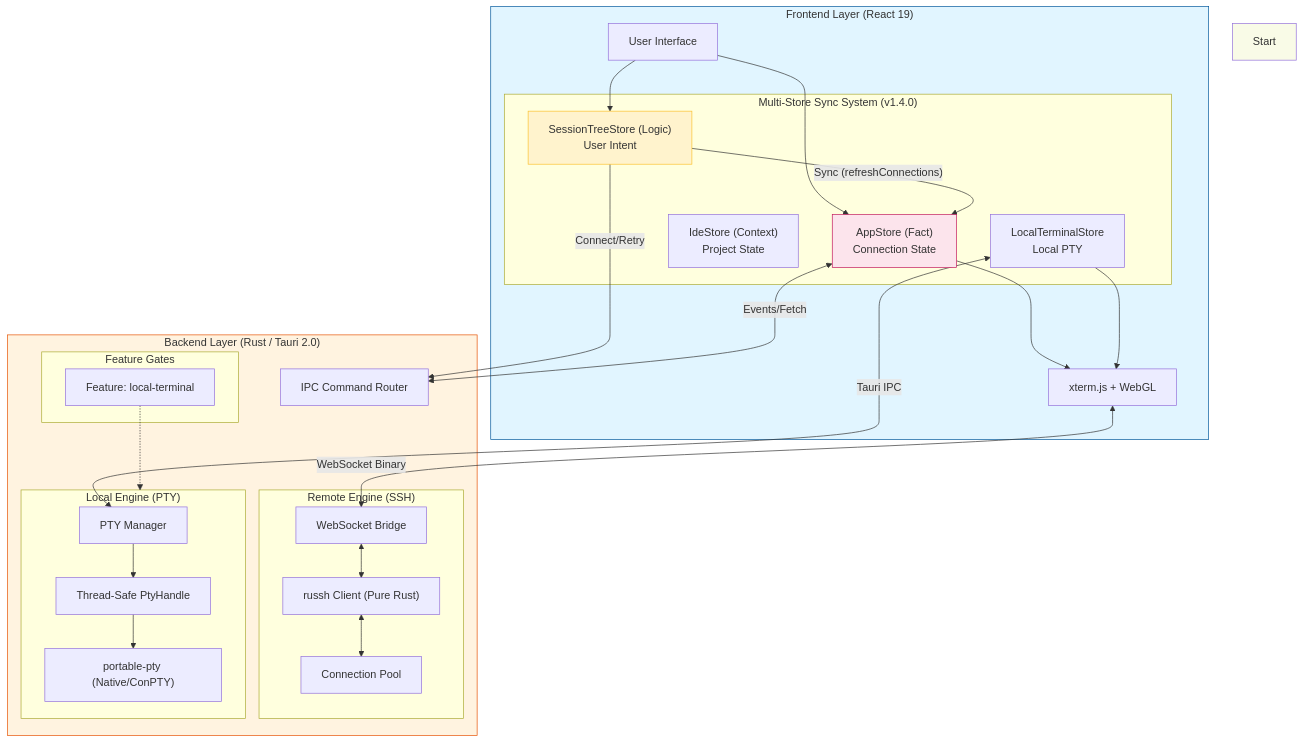
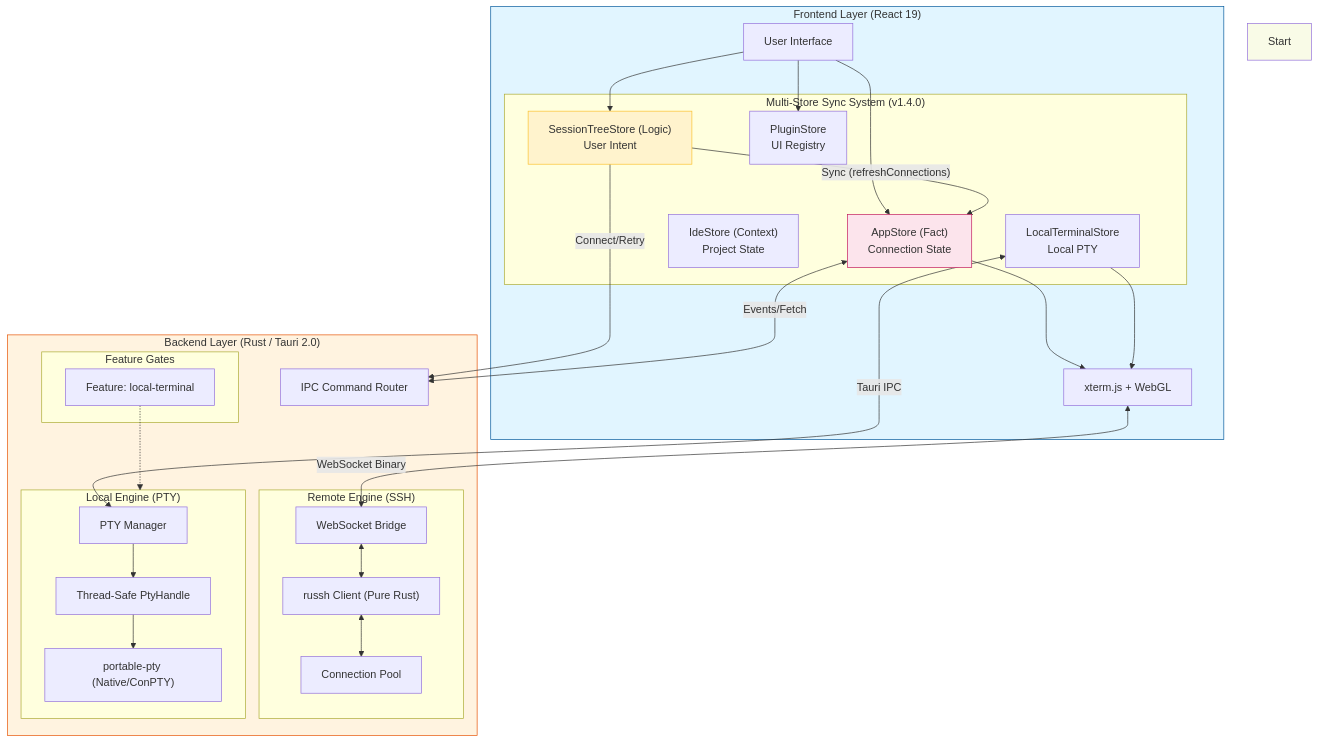
One commit to AnalyseDeCircuit/OxideTerm changed the first of 18 diagrams in docs/ARCHITECTURE.md. Above: the diagram before and after it, drawn with Mermaid. The commit also changed other lines of this file and 11 other files, not shown here.

````diff
--- a/docs/ARCHITECTURE.md
+++ b/docs/ARCHITECTURE.md
@@ -53,60 +54,62 @@
 ```mermaid
 flowchart TB
     subgraph Frontend ["Frontend Layer (React 19)"]
         UI[User Interface]
         
         subgraph Stores ["Multi-Store Sync System (v1.4.0)"]
             TreeStore["SessionTreeStore (Logic)<br/>User Intent"]
             RemoteStore["AppStore (Fact)<br/>Connection State"]
             IdeStore["IdeStore (Context)<br/>Project State"]
             LocalStore["LocalTerminalStore<br/>Local PTY"]
+            PluginStore["PluginStore<br/>UI Registry"]
         end
 
         Terminal["xterm.js + WebGL"]
 
         UI --> TreeStore
         UI --> RemoteStore
+        UI --> PluginStore
         
         TreeStore -- "Sync (refreshConnections)" --> RemoteStore
         RemoteStore --> Terminal
         LocalStore --> Terminal
     end
 
     subgraph Backend ["Backend Layer (Rust / Tauri 2.0)"]
         Router["IPC Command Router"]
         
         subgraph Features ["Feature Gates"]
             LocalFeat["Feature: local-terminal"]
         end
 
         subgraph RemoteEngine ["Remote Engine (SSH)"]
             WS["WebSocket Bridge"]
             SSH["russh Client (Pure Rust)"]
             Pool["Connection Pool"]
         end
 
         subgraph LocalEngine ["Local Engine (PTY)"]
             PtyMgr["PTY Manager"]
             PtyHandle["Thread-Safe PtyHandle"]
             NativePTY["portable-pty (Native/ConPTY)"]
         end
     end
 
     %% Data Flows
     LocalStore <-->|Tauri IPC| PtyMgr
     PtyMgr --> PtyHandle --> NativePTY
     
     TreeStore -->|Connect/Retry| Router
     RemoteStore <-->|Events/Fetch| Router
     
     Terminal <-->|WebSocket Binary| WS
     WS <--> SSH <--> Pool
     
     LocalFeat -.-> LocalEngine
     
     style Frontend fill:#e1f5ff,stroke:#01579b
     style Backend fill:#fff3e0,stroke:#e65100
     style Start fill:#f9fbe7
     style TreeStore fill:#fff3cd,stroke:#fbc02d
     style RemoteStore fill:#fce4ec,stroke:#c2185b
 ```
````
